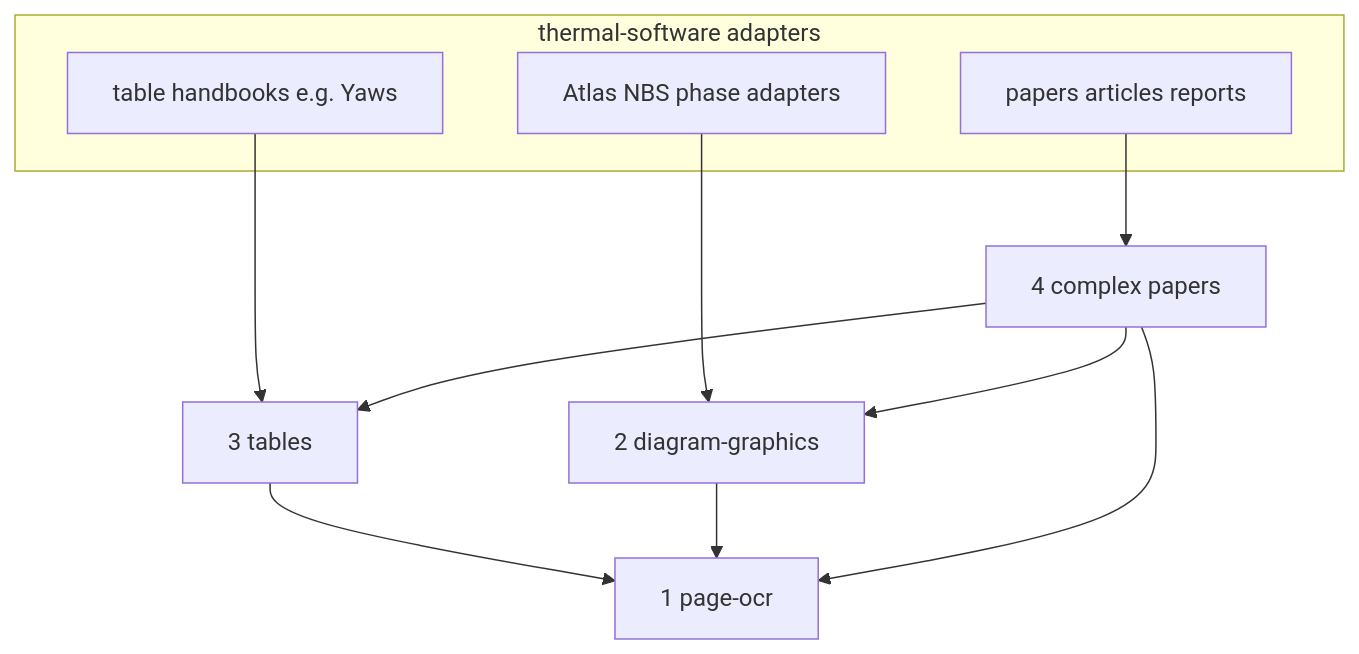
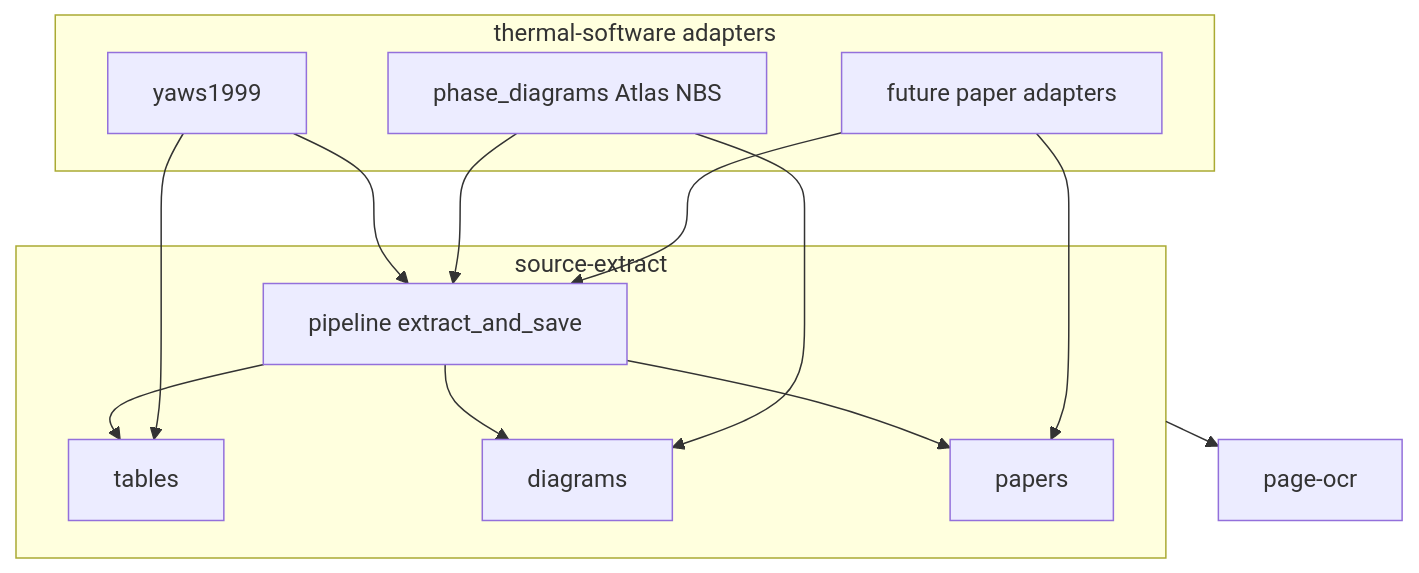
One commit to zakhovalkopavel/thermal-software changed the diagram in docs/SHARED_LIBRARIES_SUBMODULES.md. Above: the diagram before and after it, drawn with Mermaid. The commit also changed other lines of this file and 48 other files, not shown here.

First line of the commit message:
Wire Yaws/NBS OCR through page-ocr; drop surya_* adapters

````diff
--- a/docs/SHARED_LIBRARIES_SUBMODULES.md
+++ b/docs/SHARED_LIBRARIES_SUBMODULES.md
@@ -20,20 +14,25 @@
 ```mermaid
 flowchart TB
   subgraph adapters [thermal-software adapters]
-    TableSources[table handbooks e.g. Yaws]
-    DiagramSources[Atlas NBS phase adapters]
-    PaperSources[papers articles reports]
+    Yaws[yaws1999]
+    Atlas[phase_diagrams Atlas NBS]
+    PapersAd[future paper adapters]
   end
-  OCR[1 page-ocr]
-  Graphics[2 diagram-graphics]
-  Tables[3 tables]
-  Papers[4 complex papers]
-  TableSources --> Tables
-  DiagramSources --> Graphics
-  PaperSources --> Papers
-  Tables --> OCR
-  Graphics --> OCR
-  Papers --> OCR
-  Papers --> Tables
-  Papers --> Graphics
+  subgraph extract [source-extract]
+    Pipeline[pipeline extract_and_save]
+    Tables[tables]
+    Diagrams[diagrams]
+    Papers[papers]
+    Pipeline --> Tables
+    Pipeline --> Diagrams
+    Pipeline --> Papers
+  end
+  OCR[page-ocr]
+  Yaws --> Pipeline
+  Yaws --> Tables
+  Atlas --> Pipeline
+  Atlas --> Diagrams
+  PapersAd --> Pipeline
+  PapersAd --> Papers
+  extract --> OCR
 ```
````
